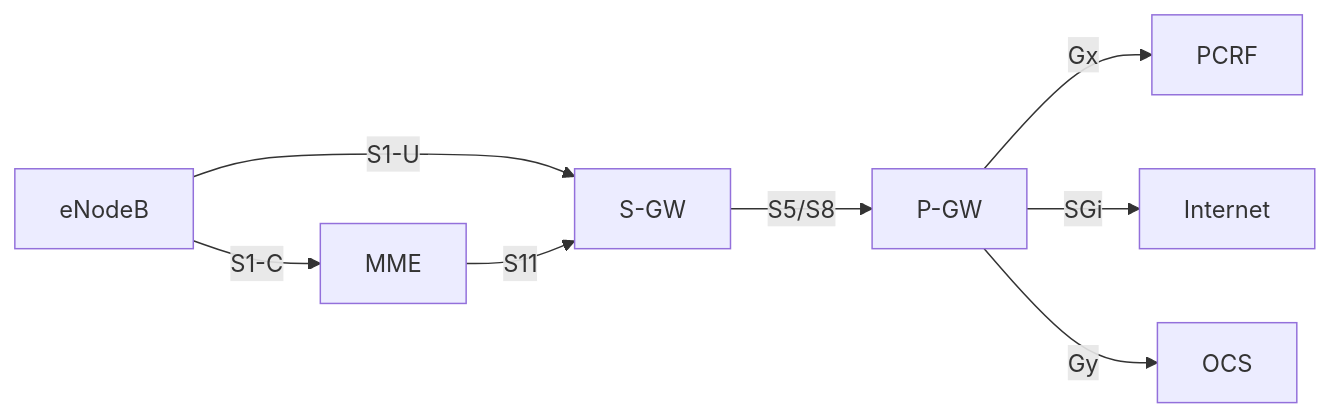
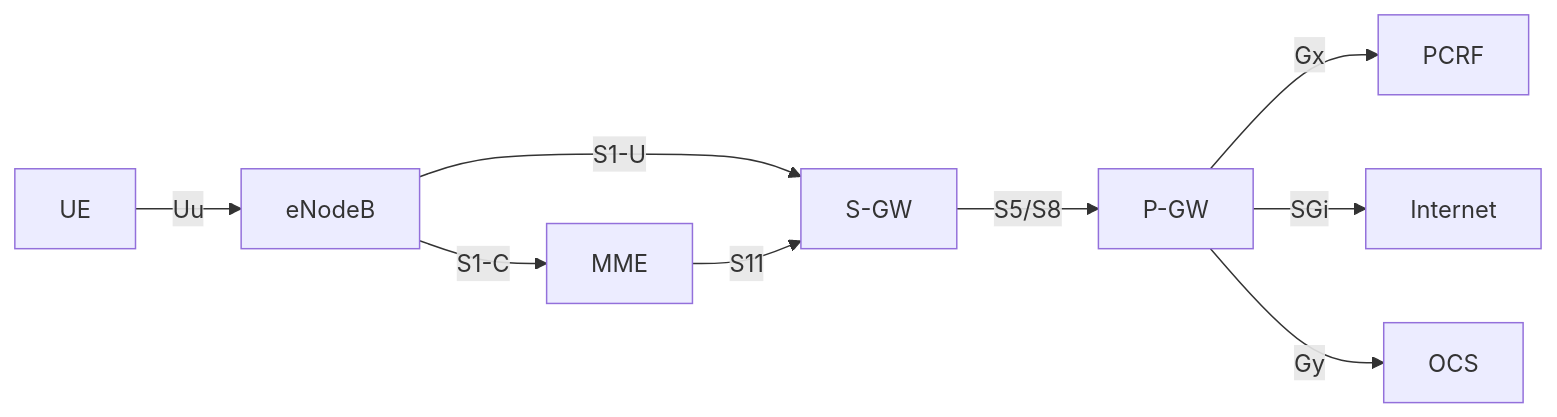
Before and after one commit to gdaemon/telehack-2023-case06: the second of 2 diagrams in README.md, drawn with Mermaid. The commit also changed 1 other file, not shown here.

````diff
--- a/README.md
+++ b/README.md
@@ -49,10 +49,11 @@
 ```mermaid
 graph LR
+    UE -- Uu --> eNodeB
     eNodeB -- S1-C --> MME
     eNodeB -- S1-U --> S-GW
     MME -- S11 --> S-GW
     S-GW -- S5/S8 --> P-GW
     P-GW -- Gx --> PCRF
     P-GW -- SGi --> Internet
     P-GW -- Gy --> OCS
 ``` 
````
